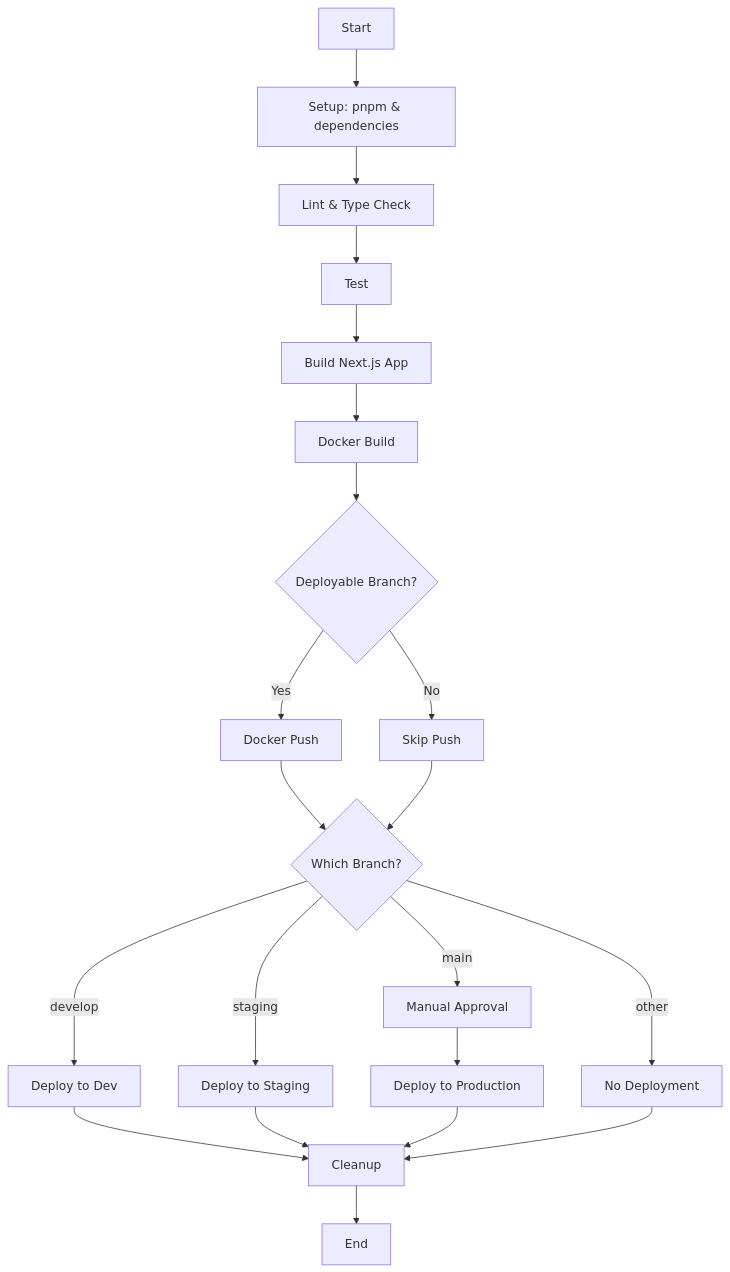
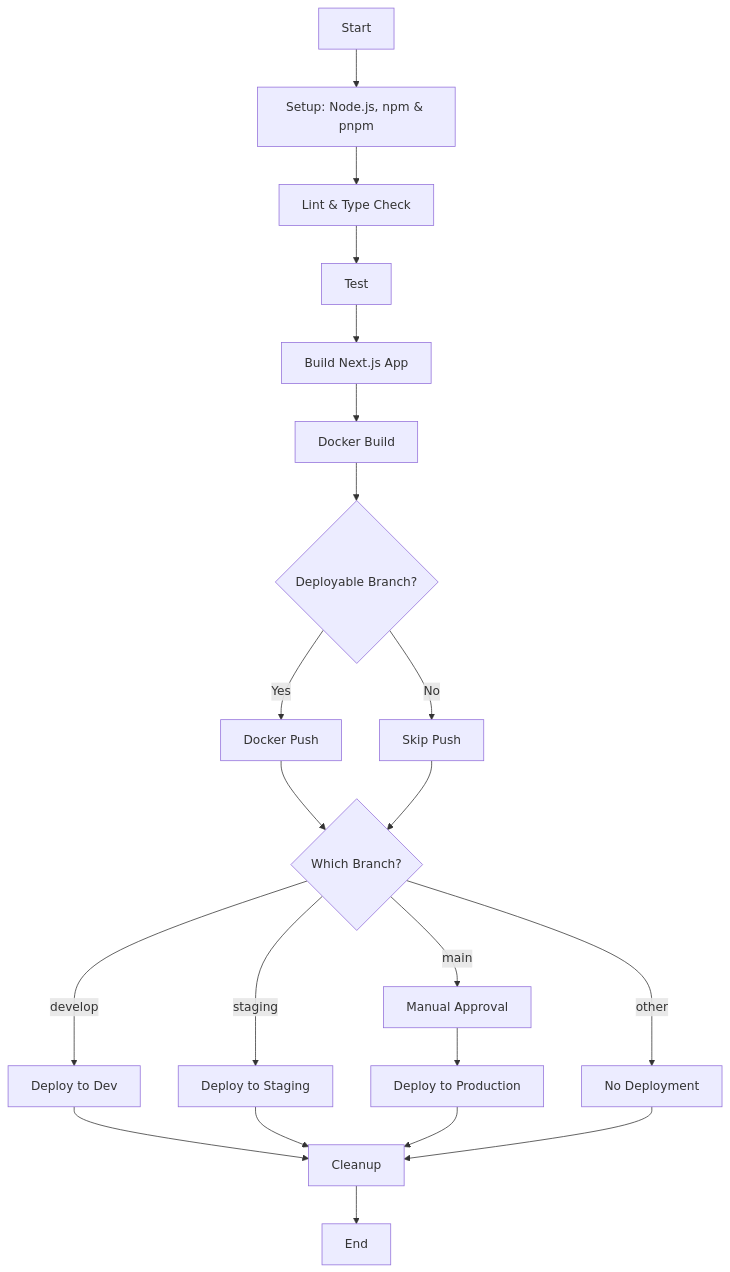
One commit to Mark0025/fireworks-sales changed the diagram in DEV_MAN/whats-working.md. Above: the diagram before and after it, drawn with Mermaid. The commit also changed other lines of this file and 2 other files, not shown here.

Commit message:
adding pnpm to the build

````diff
--- a/DEV_MAN/whats-working.md
+++ b/DEV_MAN/whats-working.md
@@ -9,20 +9,20 @@
 ```mermaid
 flowchart TD
-    A[Start] --> B[Setup: pnpm & dependencies]
+    A[Start] --> B[Setup: Node.js, npm & pnpm]
     B --> C[Lint & Type Check]
     C --> D[Test]
     D --> E[Build Next.js App]
     E --> F[Docker Build]
     F --> G{Deployable Branch?}
     G -- Yes --> H[Docker Push]
     G -- No --> J[Skip Push]
     H --> I{Which Branch?}
     J --> I
     I -- develop --> K[Deploy to Dev]
     I -- staging --> L[Deploy to Staging]
     I -- main --> M[Manual Approval]
     M --> N[Deploy to Production]
     I -- other --> O[No Deployment]
     K & L & N & O --> P[Cleanup]
     P --> Q[End]
 ```
````
